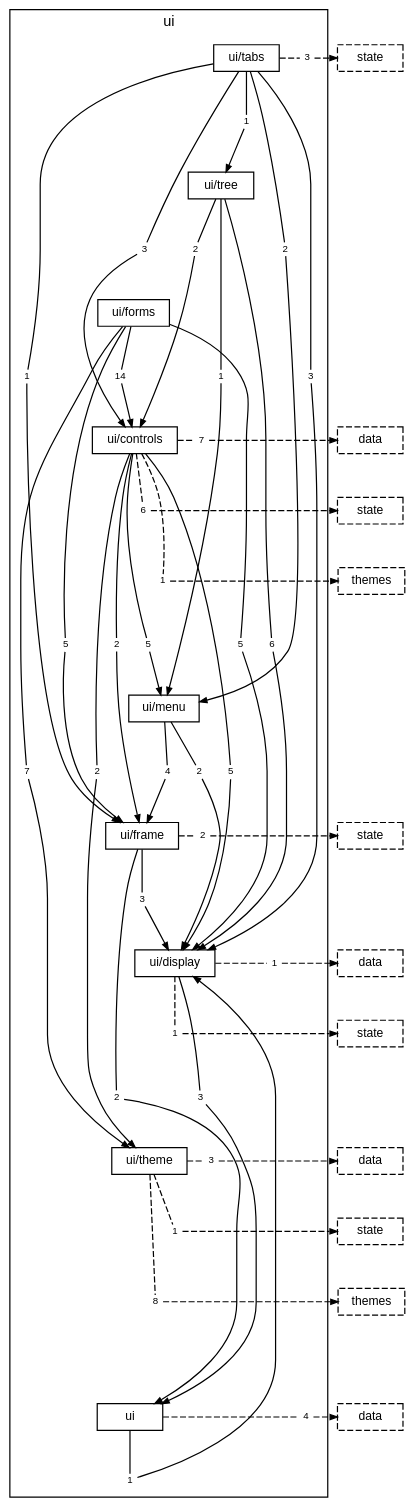
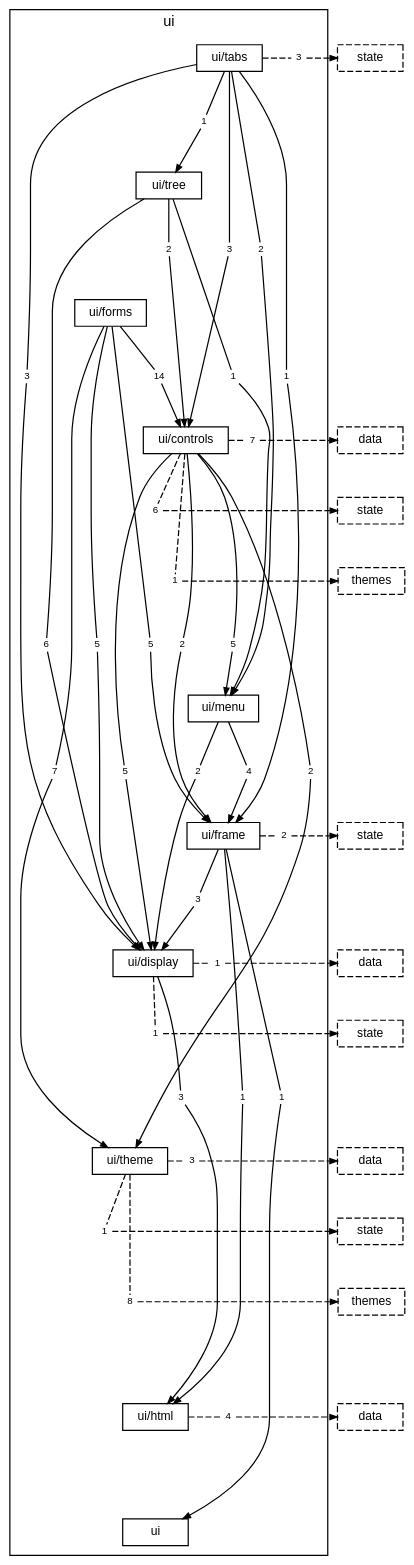
Before and after one commit to TheAxeC/oculus: the diagram in docs/diagrams/layer-ui.dot, drawn with Graphviz. The commit also changed 97 other files, not shown here.

```diff
--- a/docs/diagrams/layer-ui.dot
+++ b/docs/diagrams/layer-ui.dot
@@ -12,6 +12,7 @@
         "folder ui/frame" [label="ui/frame"];
         "folder ui/display" [label="ui/display"];
         "folder ui/theme" [label="ui/theme"];
+        "folder ui/html" [label="ui/html"];
         "folder ui" [label="ui"];
         "folder ui/tabs to folder ui/controls" [label="3", shape=box, color="transparent", fontsize=8, width=0, height=0, margin="0.04,0.02"];
         "folder ui/tabs to folder ui/display" [label="3", shape=box, color="transparent", fontsize=8, width=0, height=0, margin="0.04,0.02"];
@@ -35,17 +36,17 @@
         "folder ui/controls to layer themes" [label="1", shape=box, color="transparent", fontsize=8, width=0, height=0, margin="0.04,0.02"];
         "folder ui/menu to folder ui/display" [label="2", shape=box, color="transparent", fontsize=8, width=0, height=0, margin="0.04,0.02"];
         "folder ui/menu to folder ui/frame" [label="4", shape=box, color="transparent", fontsize=8, width=0, height=0, margin="0.04,0.02"];
-        "folder ui/frame to folder ui" [label="2", shape=box, color="transparent", fontsize=8, width=0, height=0, margin="0.04,0.02"];
+        "folder ui/frame to folder ui" [label="1", shape=box, color="transparent", fontsize=8, width=0, height=0, margin="0.04,0.02"];
         "folder ui/frame to folder ui/display" [label="3", shape=box, color="transparent", fontsize=8, width=0, height=0, margin="0.04,0.02"];
+        "folder ui/frame to folder ui/html" [label="1", shape=box, color="transparent", fontsize=8, width=0, height=0, margin="0.04,0.02"];
         "folder ui/frame to layer state" [label="2", shape=box, color="transparent", fontsize=8, width=0, height=0, margin="0.04,0.02"];
-        "folder ui/display to folder ui" [label="3", shape=box, color="transparent", fontsize=8, width=0, height=0, margin="0.04,0.02"];
+        "folder ui/display to folder ui/html" [label="3", shape=box, color="transparent", fontsize=8, width=0, height=0, margin="0.04,0.02"];
         "folder ui/display to layer data" [label="1", shape=box, color="transparent", fontsize=8, width=0, height=0, margin="0.04,0.02"];
         "folder ui/display to layer state" [label="1", shape=box, color="transparent", fontsize=8, width=0, height=0, margin="0.04,0.02"];
         "folder ui/theme to layer data" [label="3", shape=box, color="transparent", fontsize=8, width=0, height=0, margin="0.04,0.02"];
         "folder ui/theme to layer state" [label="1", shape=box, color="transparent", fontsize=8, width=0, height=0, margin="0.04,0.02"];
         "folder ui/theme to layer themes" [label="8", shape=box, color="transparent", fontsize=8, width=0, height=0, margin="0.04,0.02"];
-        "folder ui to folder ui/display" [label="1", shape=box, color="transparent", fontsize=8, width=0, height=0, margin="0.04,0.02"];
-        "folder ui to layer data" [label="4", shape=box, color="transparent", fontsize=8, width=0, height=0, margin="0.04,0.02"];
+        "folder ui/html to layer data" [label="4", shape=box, color="transparent", fontsize=8, width=0, height=0, margin="0.04,0.02"];
     }
     "layer state from folder ui/tabs" [label="state", style=dashed];
     "layer data from folder ui/controls" [label="data", style=dashed];
@@ -57,7 +58,7 @@
     "layer data from folder ui/theme" [label="data", style=dashed];
     "layer state from folder ui/theme" [label="state", style=dashed];
     "layer themes from folder ui/theme" [label="themes", style=dashed];
-    "layer data from folder ui" [label="data", style=dashed];
+    "layer data from folder ui/html" [label="data", style=dashed];
     "folder ui/tabs" -> "folder ui/tree" [style=invis, weight=10, minlen=2];
     "folder ui/tree" -> "folder ui/forms" [style=invis, weight=10, minlen=2];
     "folder ui/forms" -> "folder ui/controls" [style=invis, weight=10, minlen=2];
@@ -65,7 +66,8 @@
     "folder ui/menu" -> "folder ui/frame" [style=invis, weight=10, minlen=2];
     "folder ui/frame" -> "folder ui/display" [style=invis, weight=10, minlen=2];
     "folder ui/display" -> "folder ui/theme" [style=invis, weight=10, minlen=3];
-    "folder ui/theme" -> "folder ui" [style=invis, weight=10, minlen=4];
+    "folder ui/theme" -> "folder ui/html" [style=invis, weight=10, minlen=4];
+    "folder ui/html" -> "folder ui" [style=invis, weight=10, minlen=2];
     "folder ui/tabs" -> "folder ui/tabs to folder ui/controls" [arrowhead=none, minlen=3, weight=10];
     "folder ui/tabs to folder ui/controls" -> "folder ui/controls" [];
     "folder ui/tabs" -> "folder ui/tabs to folder ui/display" [arrowhead=none, minlen=5, weight=10];
@@ -118,11 +120,13 @@
     "folder ui/frame to folder ui" -> "folder ui" [];
     "folder ui/frame" -> "folder ui/frame to folder ui/display" [arrowhead=none, minlen=1, weight=10];
     "folder ui/frame to folder ui/display" -> "folder ui/display" [];
+    "folder ui/frame" -> "folder ui/frame to folder ui/html" [arrowhead=none, minlen=4, weight=10];
+    "folder ui/frame to folder ui/html" -> "folder ui/html" [];
     "folder ui/frame" -> "folder ui/frame to layer state" [arrowhead=none, style=dashed];
     "folder ui/frame to layer state" -> "layer state from folder ui/frame" [style=dashed];
     { rank=same; "folder ui/frame"; "folder ui/frame to layer state"; "layer state from folder ui/frame"; }
-    "folder ui/display" -> "folder ui/display to folder ui" [arrowhead=none, minlen=2, weight=10];
-    "folder ui/display to folder ui" -> "folder ui" [];
+    "folder ui/display" -> "folder ui/display to folder ui/html" [arrowhead=none, minlen=2, weight=10];
+    "folder ui/display to folder ui/html" -> "folder ui/html" [];
     "folder ui/display" -> "folder ui/display to layer data" [arrowhead=none, style=dashed];
     "folder ui/display to layer data" -> "layer data from folder ui/display" [style=dashed];
     { rank=same; "folder ui/display"; "folder ui/display to layer data"; "layer data from folder ui/display"; }
@@ -138,9 +142,7 @@
     "folder ui/theme" -> "folder ui/theme to layer themes" [arrowhead=none, style=dashed, minlen=2, weight=10];
     "folder ui/theme to layer themes" -> "layer themes from folder ui/theme" [style=dashed];
     { rank=same; "folder ui/theme to layer themes"; "layer themes from folder ui/theme"; }
-    "folder ui" -> "folder ui to folder ui/display" [arrowhead=none, minlen=1, weight=10];
-    "folder ui to folder ui/display" -> "folder ui/display" [];
-    "folder ui" -> "folder ui to layer data" [arrowhead=none, style=dashed];
-    "folder ui to layer data" -> "layer data from folder ui" [style=dashed];
-    { rank=same; "folder ui"; "folder ui to layer data"; "layer data from folder ui"; }
+    "folder ui/html" -> "folder ui/html to layer data" [arrowhead=none, style=dashed];
+    "folder ui/html to layer data" -> "layer data from folder ui/html" [style=dashed];
+    { rank=same; "folder ui/html"; "folder ui/html to layer data"; "layer data from folder ui/html"; }
 }
```
